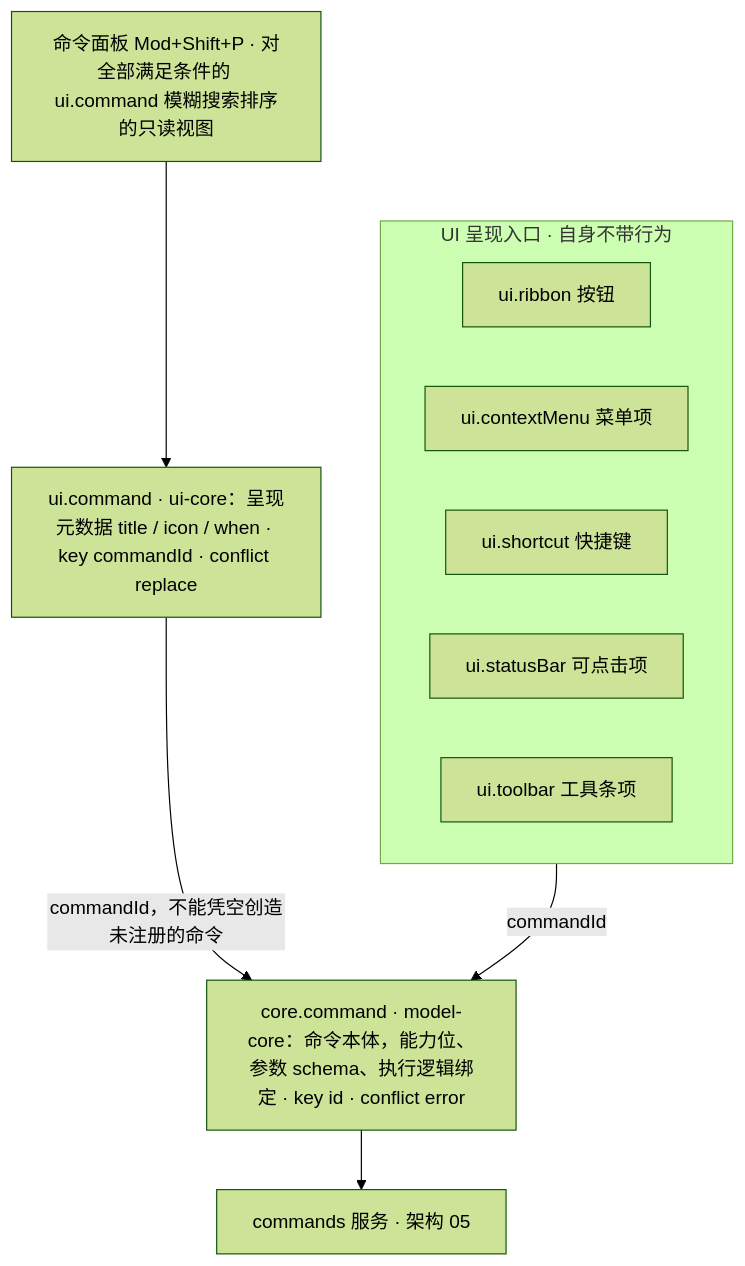
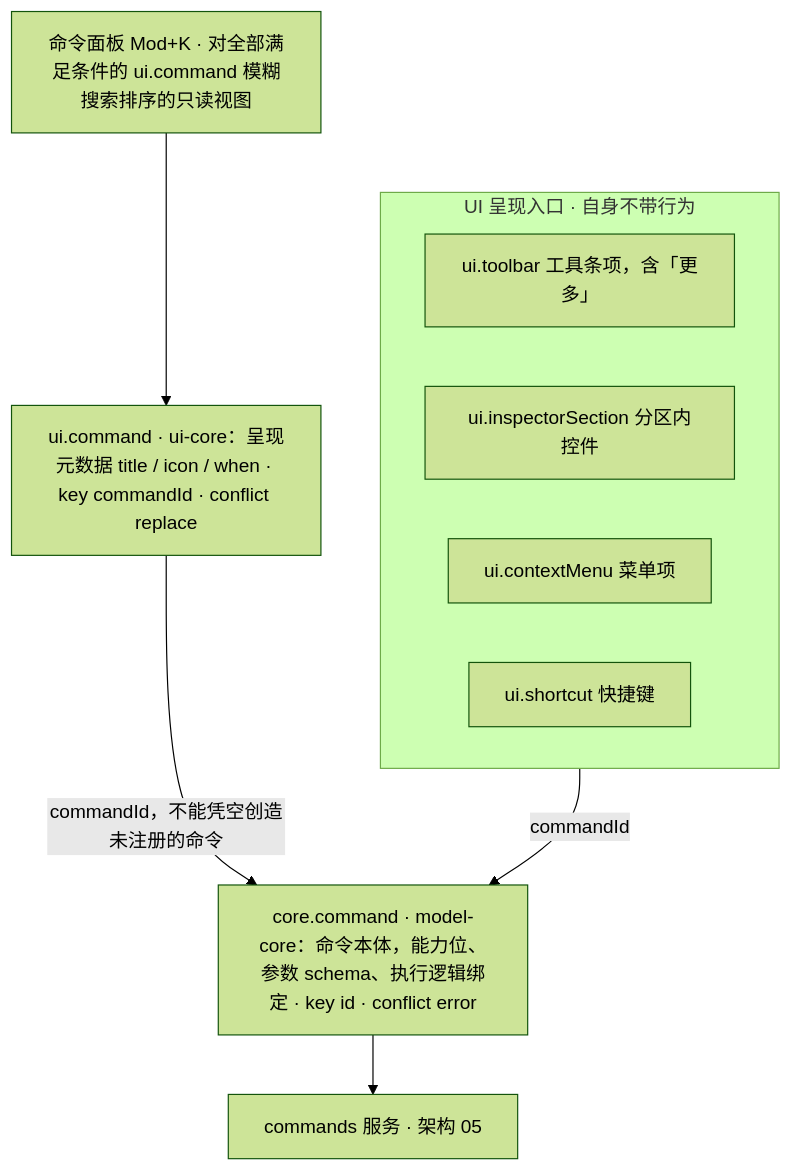
The second of 5 diagrams in docs/20-design/06-extensibility-ux.md (Xeonice/cordis-ppt-editor), drawn with Mermaid (forest theme) before and after one commit. The commit also changed other lines of this file and 44 other files, not shown here.

````diff
--- a/docs/20-design/06-extensibility-ux.md
+++ b/docs/20-design/06-extensibility-ux.md
@@ -173,19 +162,18 @@
 ```mermaid
 flowchart TB
   subgraph entries["UI 呈现入口 · 自身不带行为"]
     direction LR
-    rb["ui.ribbon 按钮"]
+    tbar["ui.toolbar 工具条项，含「更多」"]
+    insp["ui.inspectorSection 分区内控件"]
     cm["ui.contextMenu 菜单项"]
     sc["ui.shortcut 快捷键"]
-    sbar["ui.statusBar 可点击项"]
-    tbar["ui.toolbar 工具条项"]
   end
-  pal["命令面板 Mod+Shift+P · 对全部满足条件的 ui.command 模糊搜索排序的只读视图"]
+  pal["命令面板 Mod+K · 对全部满足条件的 ui.command 模糊搜索排序的只读视图"]
   uiCmd["ui.command · ui-core：呈现元数据 title / icon / when · key commandId · conflict replace"]
   coreCmd["core.command · model-core：命令本体，能力位、参数 schema、执行逻辑绑定 · key id · conflict error"]
   svc["commands 服务 · 架构 05"]
   pal --> uiCmd
   uiCmd -->|"commandId，不能凭空创造未注册的命令"| coreCmd
   entries -->|"commandId"| coreCmd
   coreCmd --> svc
 ```
````
